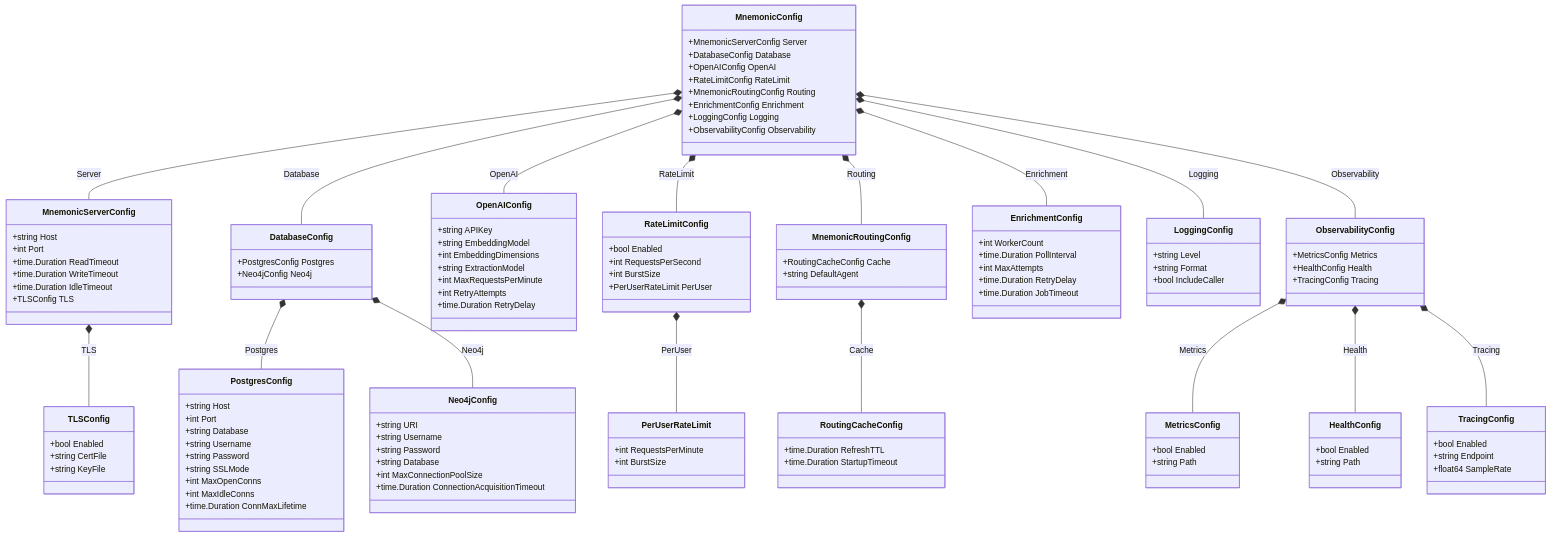
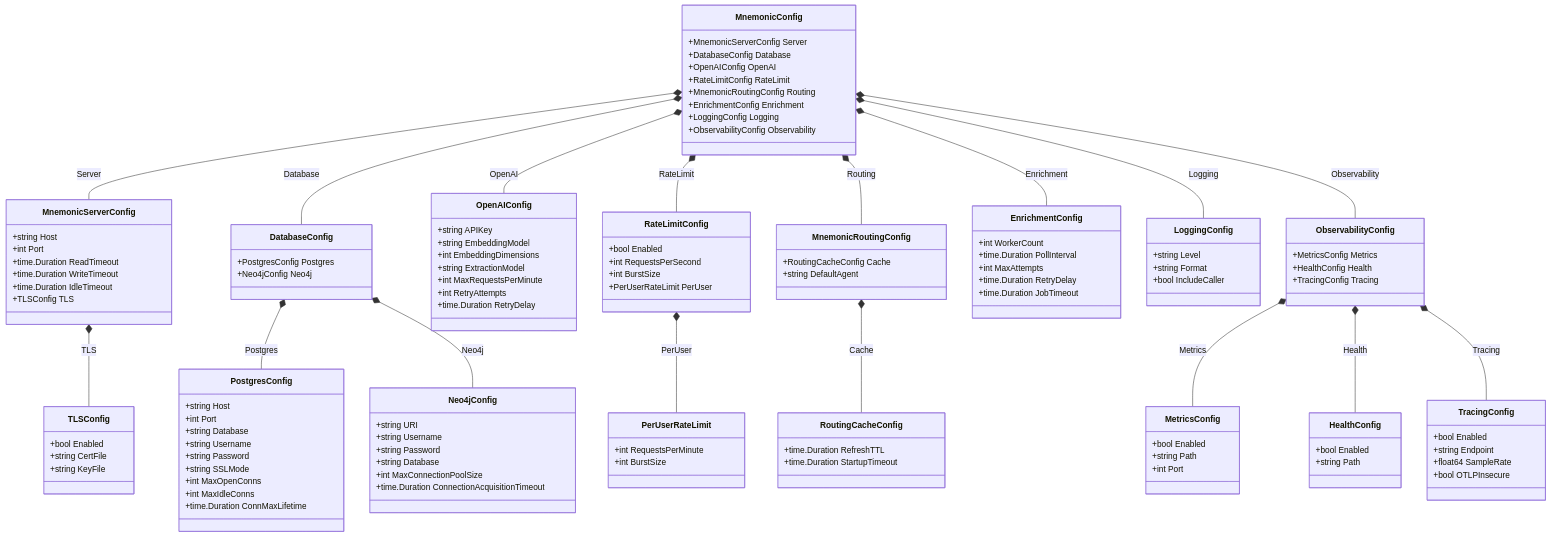
One commit to twistingmercury/mnemonic-mcp changed the third of 3 diagrams in docs/design/configuration.md. Above: the diagram before and after it, drawn with Mermaid. The commit also changed other lines of this file and 6 other files, not shown here.

```diff
--- a/docs/design/configuration.md
+++ b/docs/design/configuration.md
@@ -897,6 +913,7 @@
     class MetricsConfig {
         +bool Enabled
         +string Path
+        +int Port
     }
 
     class HealthConfig {
@@ -908,6 +925,7 @@
         +bool Enabled
         +string Endpoint
         +float64 SampleRate
+        +bool OTLPInsecure
     }
 
     MnemonicConfig *-- MnemonicServerConfig : Server
```
